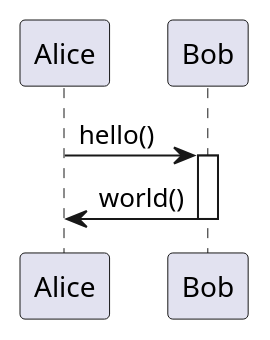
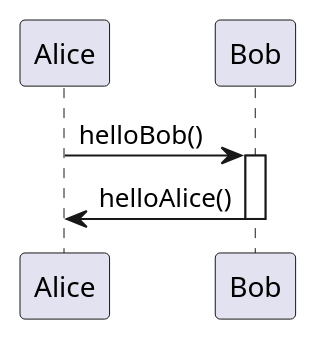
One commit to db0x/sam changed the diagram in content/assets/plantUML/06-example.wsd. Above: the diagram before and after it, drawn with PlantUML. The commit also changed 3 other files, not shown here.

Commit message:
use a privat plantUML server

```diff
--- a/content/assets/plantUML/06-example.wsd
+++ b/content/assets/plantUML/06-example.wsd
@@ -1,9 +1,9 @@
 @startuml
 participant Alice
 participant Bob
 
-Alice -> Bob : hello()
+Alice -> Bob : helloBob()
 activate Bob
-Bob -> Alice : world()
+Bob -> Alice : helloAlice()
 deactivate Bob
 @enduml
```
